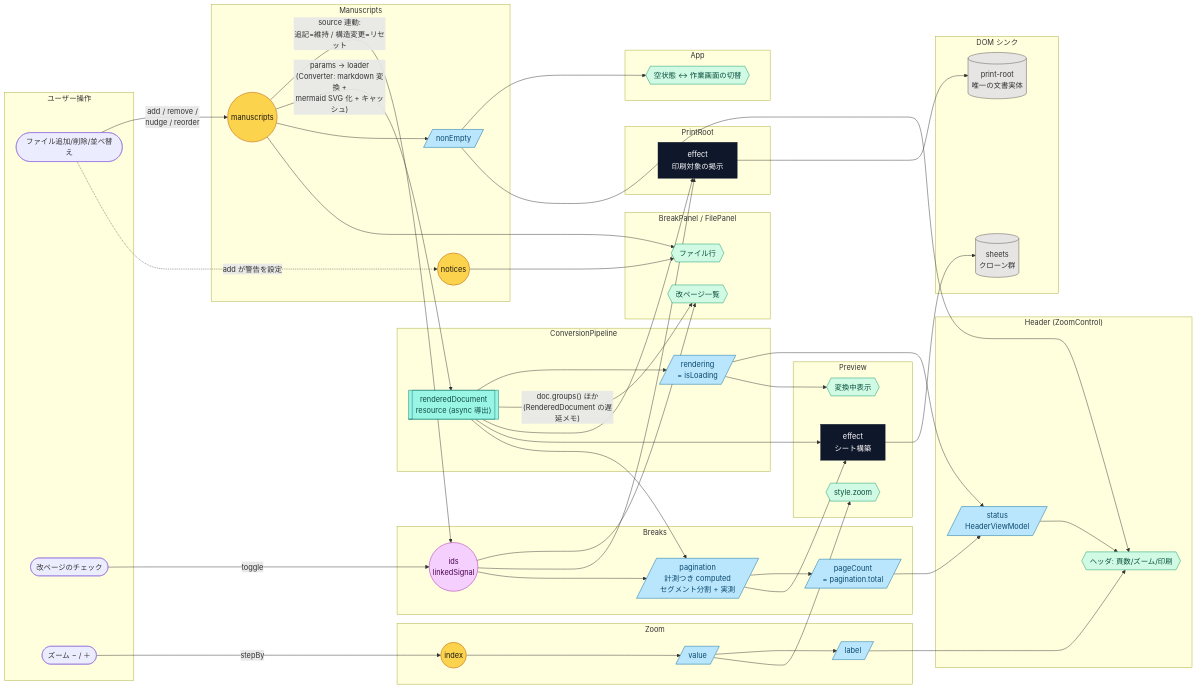
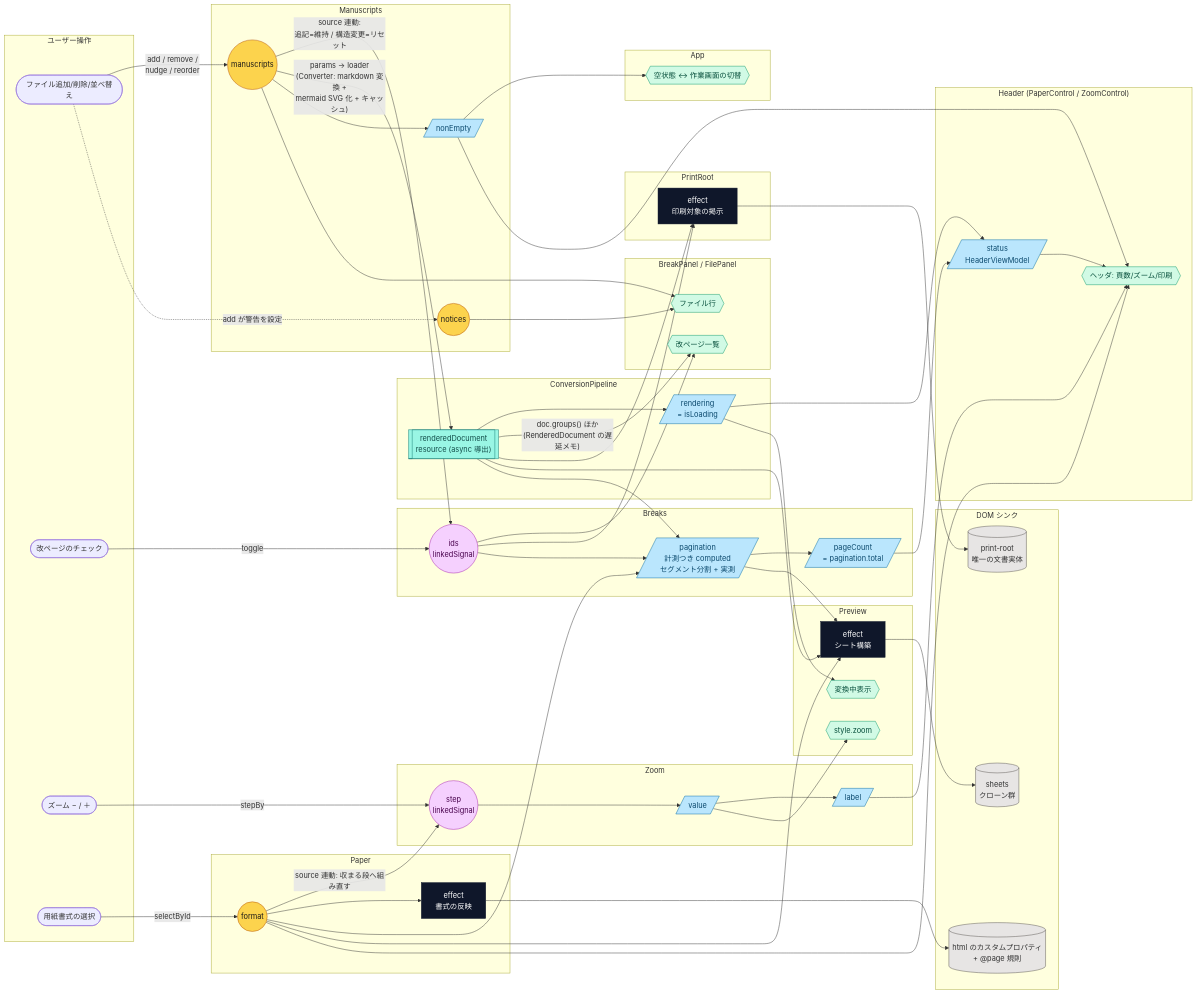
The diagram in docs/signal-graph.md (lacolaco/printmd), drawn with Mermaid before and after one commit. The commit also changed other lines of this file and 39 other files, not shown here.

````diff
--- a/docs/signal-graph.md
+++ b/docs/signal-graph.md
@@ -15,6 +18,12 @@
     A1([ファイル追加/削除/並べ替え])
     A2([改ページのチェック])
     A3([ズーム − / ＋])
+    A4([用紙書式の選択])
+  end
+
+  subgraph PaperS["Paper"]
+    S6((format))
+    AE2[effect<br/>書式の反映]
   end
 
   subgraph ManuscriptsS["Manuscripts"]
@@ -35,12 +44,12 @@
   end
 
   subgraph ZoomS["Zoom"]
-    V1((index))
+    V1((step<br/>linkedSignal))
     VC1[/value/]
     VC2[/label/]
   end
 
-  subgraph HeaderC["Header (ZoomControl)"]
+  subgraph HeaderC["Header (PaperControl / ZoomControl)"]
     HC1[/status<br/>HeaderViewModel/]
     T1{{ヘッダ: 頁数/ズーム/印刷}}
   end
@@ -67,12 +76,20 @@
   subgraph DOM["DOM シンク"]
     D1[(print-root<br/>唯一の文書実体)]
     D2[(sheets<br/>クローン群)]
+    D3[(html のカスタムプロパティ<br/>+ @page 規則)]
   end
 
   A1 -- "add / remove /<br/>nudge / reorder" --> S1
   S1 -- "source 連動:<br/>追記=維持 / 構造変更=リセット" --> S2
   A2 -- toggle --> S2
   A3 -- stepBy --> V1
+  A4 -- selectById --> S6
+  S6 -- "source 連動: 収まる段へ組み直す" --> V1
+  S6 --> AE2
+  AE2 --> D3
+  S6 --> V3
+  S6 --> PE1
+  S6 --> T1
 
   S1 -- "params → loader<br/>(Converter: markdown 変換 +<br/>mermaid SVG 化 + キャッシュ)" --> S4
   S4 --> S3
@@ -114,12 +131,12 @@
   classDef dom fill:#e7e5e4,stroke:#57534e
   classDef res fill:#99f6e4,stroke:#0f766e,color:#134e4a
   classDef linked fill:#f5d0fe,stroke:#a21caf,color:#4a044e
-  class S1,S5,V1 sig
+  class S1,S5,S6 sig
   class S4 res
 
-  class S2 linked
+  class S2,V1 linked
   class C1,S3,VC1,VC2,HC1,V2,V3 comp
-  class AE1,PE1 eff
+  class AE1,AE2,PE1 eff
   class T1,T2,T3,T4,T5,T6 tmpl
-  class D1,D2 dom
+  class D1,D2,D3 dom
 ```
````
